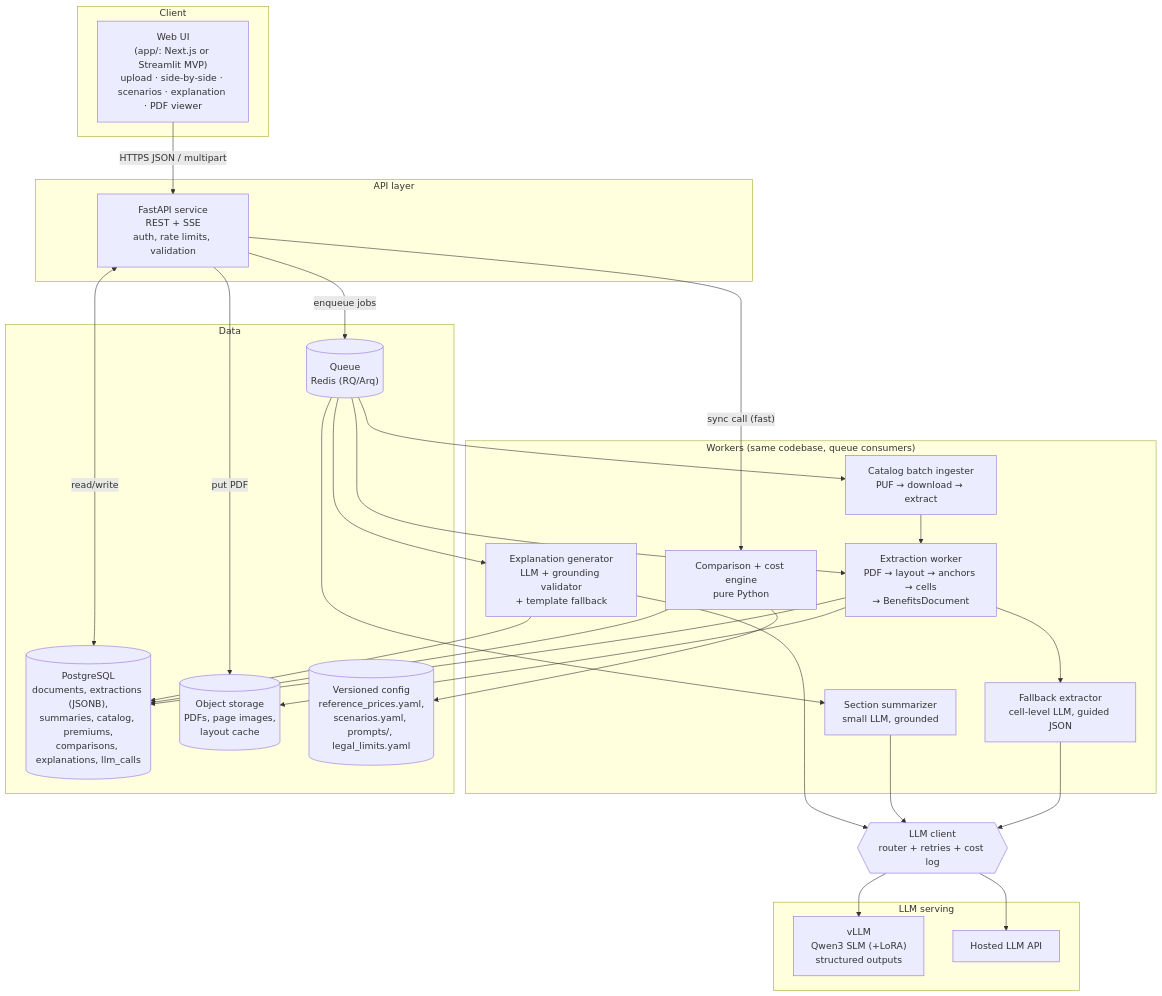
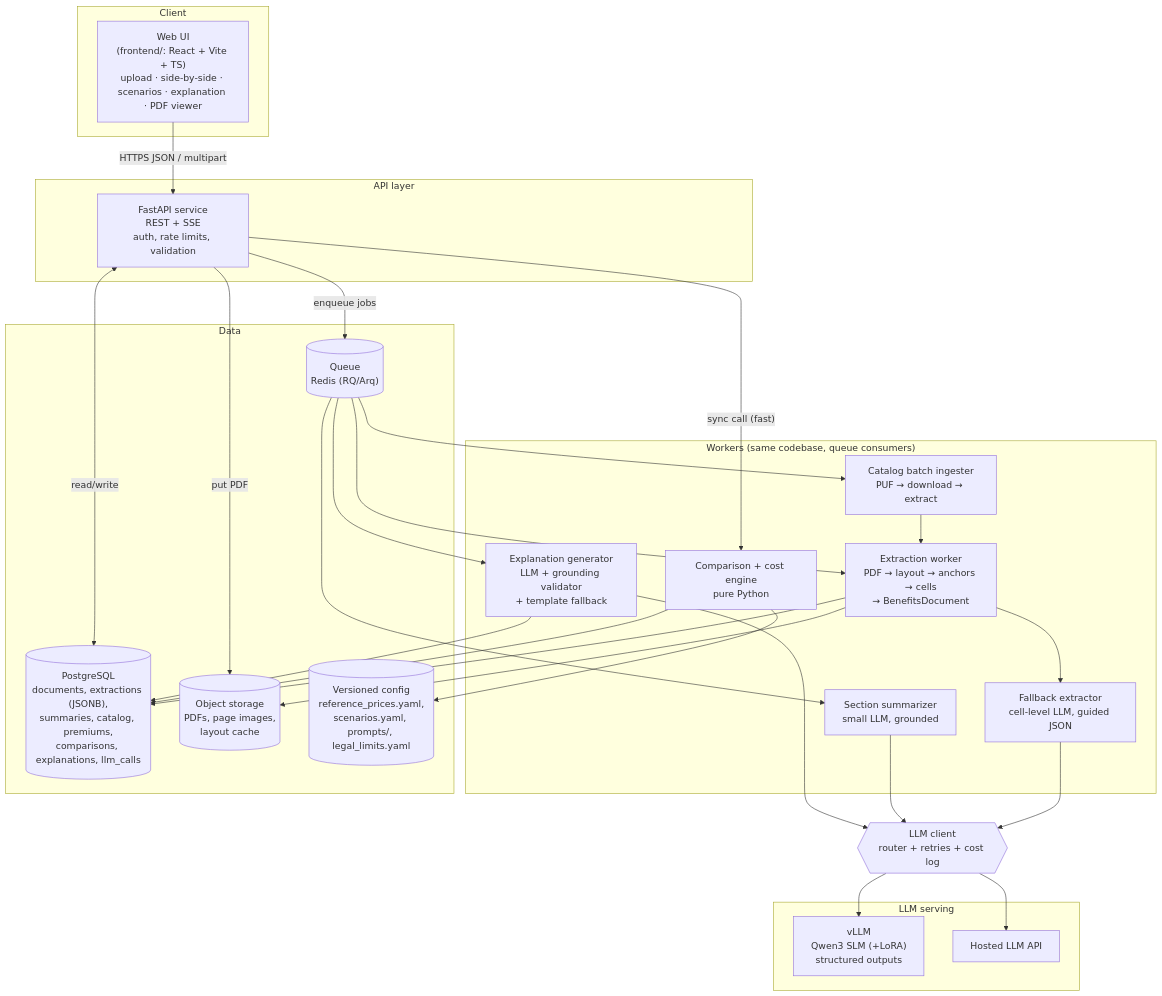
Before and after one commit to syamsruthin/sbc-extractor-slm: the second of 4 diagrams in docs/design/v2/02-architecture.md, drawn with Mermaid. The commit also changed other lines of this file and 6 other files, not shown here.

Commit message:
M0: implementation roadmap; align design docs with OpenRouter, catalog and React decisions

````diff
--- a/docs/design/v2/02-architecture.md
+++ b/docs/design/v2/02-architecture.md
@@ -48,49 +48,49 @@
 ```mermaid
 flowchart TB
     subgraph client ["Client"]
-        ui["Web UI<br/>(app/: Next.js or Streamlit MVP)<br/>upload · side-by-side · scenarios · explanation · PDF viewer"]
+        ui["Web UI<br/>(frontend/: React + Vite + TS)<br/>upload · side-by-side · scenarios · explanation · PDF viewer"]
     end
 
     subgraph api ["API layer"]
         gw["FastAPI service<br/>REST + SSE<br/>auth, rate limits, validation"]
     end
 
     subgraph workers ["Workers (same codebase, queue consumers)"]
         ext["Extraction worker<br/>PDF → layout → anchors → cells<br/>→ BenefitsDocument"]
         fb["Fallback extractor<br/>cell-level LLM, guided JSON"]
         sum["Section summarizer<br/>small LLM, grounded"]
         cmp["Comparison + cost engine<br/>pure Python"]
         exp["Explanation generator<br/>LLM + grounding validator<br/>+ template fallback"]
         batch["Catalog batch ingester<br/>PUF → download → extract"]
     end
 
     subgraph data ["Data"]
         pg[("PostgreSQL<br/>documents, extractions (JSONB),<br/>summaries, catalog, premiums,<br/>comparisons, explanations, llm_calls")]
         obj[("Object storage<br/>PDFs, page images,<br/>layout cache")]
         q[("Queue<br/>Redis (RQ/Arq)")]
         cfg[("Versioned config<br/>reference_prices.yaml,<br/>scenarios.yaml, prompts/, legal_limits.yaml")]
     end
 
     subgraph llmz ["LLM serving"]
         vllm["vLLM<br/>Qwen3 SLM (+LoRA)<br/>structured outputs"]
         hosted["Hosted LLM API"]
     end
 
     ui -->|"HTTPS JSON / multipart"| gw
     gw -->|"enqueue jobs"| q
     gw <-->|"read/write"| pg
     gw -->|"put PDF"| obj
     q --> ext & sum & exp & batch
     ext --> fb
     ext --> pg
     ext --> obj
     fb --> llmrouter
     sum --> llmrouter
     exp --> llmrouter
     gw -->|"sync call (fast)"| cmp
     cmp --> pg
     cmp --> cfg
     exp --> pg
     batch --> ext
     llmrouter{{"LLM client<br/>router + retries + cost log"}} --> vllm & hosted
 ```
````
